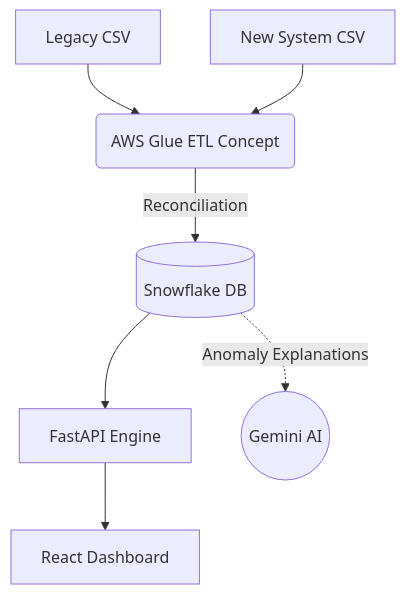
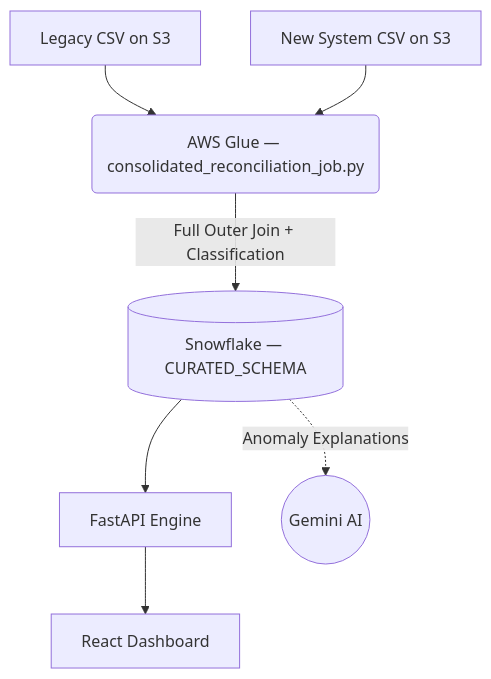
The diagram in README.md (Pritii-9/Data-Reliability-Monitor), drawn with Mermaid before and after one commit. The commit also changed other lines of this file and 17 other files, not shown here.

````diff
--- a/README.md
+++ b/README.md
@@ -11,9 +11,9 @@
 ```mermaid
 flowchart TD
-    A[Legacy CSV] --> C(AWS Glue ETL Concept)
-    B[New System CSV] --> C
-    C -->|Reconciliation| D[(Snowflake DB)]
+    A[Legacy CSV on S3] --> C(AWS Glue — consolidated_reconciliation_job.py)
+    B[New System CSV on S3] --> C
+    C -->|Full Outer Join + Classification| D[(Snowflake — CURATED_SCHEMA)]
     D --> E[FastAPI Engine]
     E --> F[React Dashboard]
     D -.->|Anomaly Explanations| G((Gemini AI))
 ```
````
